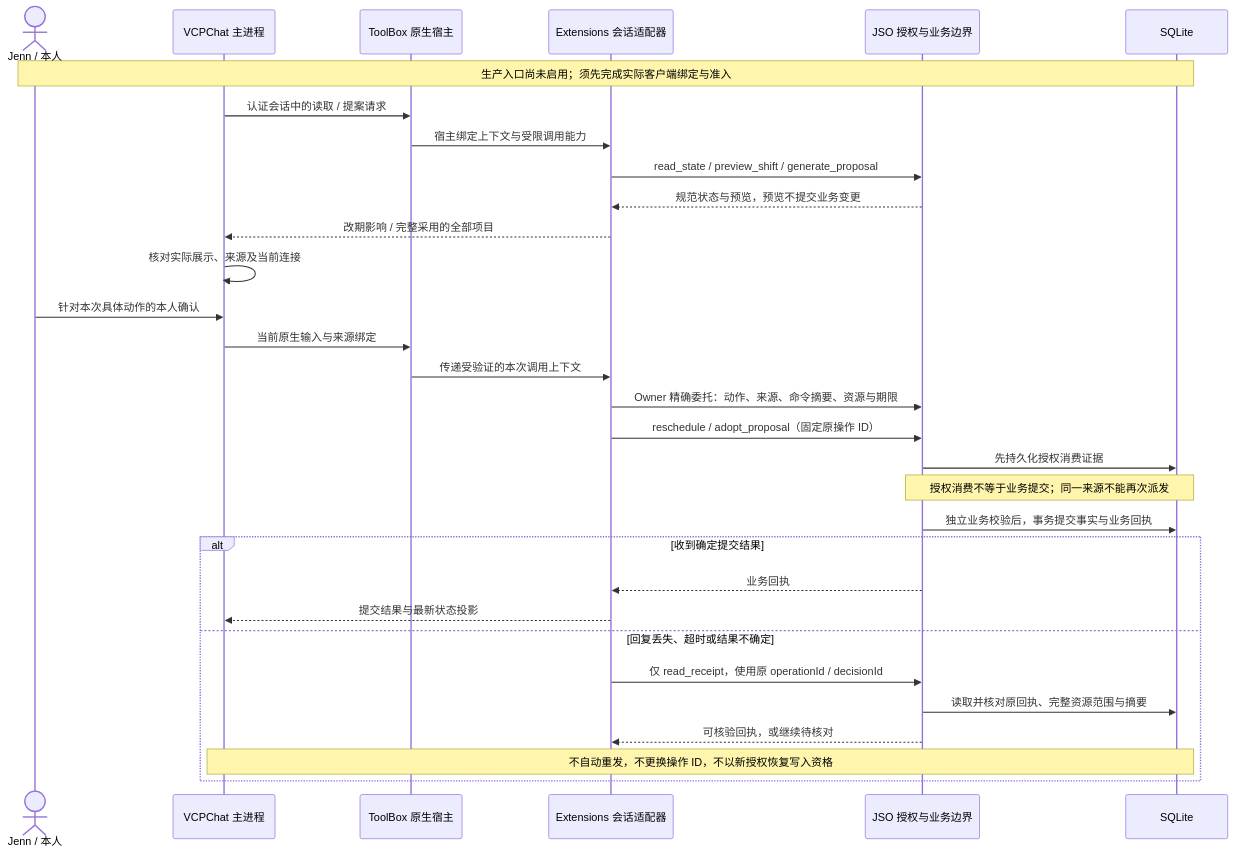
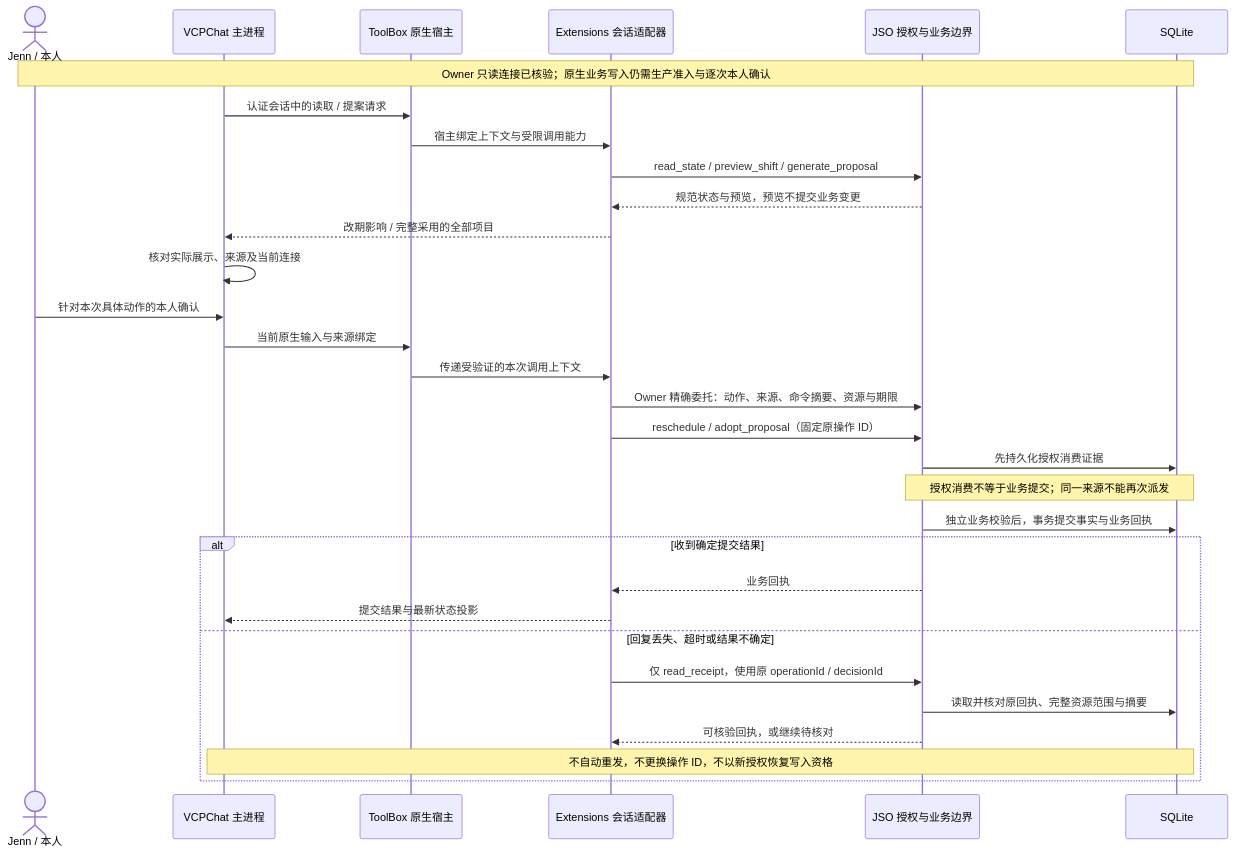
Before and after one commit to JENN2046/jenn-shooting-operations: the second of 2 diagrams in docs/architecture/CURRENT_SYSTEM_ARCHITECTURE.md, drawn with Mermaid. The commit also changed other lines of this file and 1 other file, not shown here.

Commit message:
Reflect verified read-only daily-client Owner session in the architecture

````diff
--- a/docs/architecture/CURRENT_SYSTEM_ARCHITECTURE.md
+++ b/docs/architecture/CURRENT_SYSTEM_ARCHITECTURE.md
@@ -77,34 +77,34 @@
 ```mermaid
 sequenceDiagram
     actor Owner as Jenn / 本人
     participant Main as VCPChat 主进程
     participant Host as ToolBox 原生宿主
     participant Ext as Extensions 会话适配器
     participant JSO as JSO 授权与业务边界
     participant DB as SQLite
 
-    Note over Owner,DB: 生产入口尚未启用；须先完成实际客户端绑定与准入
+    Note over Owner,DB: Owner 只读连接已核验；原生业务写入仍需生产准入与逐次本人确认
     Main->>Host: 认证会话中的读取 / 提案请求
     Host->>Ext: 宿主绑定上下文与受限调用能力
     Ext->>JSO: read_state / preview_shift / generate_proposal
     JSO-->>Ext: 规范状态与预览，预览不提交业务变更
     Ext-->>Main: 改期影响 / 完整采用的全部项目
     Main->>Main: 核对实际展示、来源及当前连接
     Owner->>Main: 针对本次具体动作的本人确认
     Main->>Host: 当前原生输入与来源绑定
     Host->>Ext: 传递受验证的本次调用上下文
     Ext->>JSO: Owner 精确委托：动作、来源、命令摘要、资源与期限
     Ext->>JSO: reschedule / adopt_proposal（固定原操作 ID）
     JSO->>DB: 先持久化授权消费证据
     Note over JSO,DB: 授权消费不等于业务提交；同一来源不能再次派发
     JSO->>DB: 独立业务校验后，事务提交事实与业务回执
     alt 收到确定提交结果
         JSO-->>Ext: 业务回执
         Ext-->>Main: 提交结果与最新状态投影
     else 回复丢失、超时或结果不确定
         Ext->>JSO: 仅 read_receipt，使用原 operationId / decisionId
         JSO->>DB: 读取并核对原回执、完整资源范围与摘要
         JSO-->>Ext: 可核验回执，或继续待核对
         Note over Main,DB: 不自动重发，不更换操作 ID，不以新授权恢复写入资格
     end
 ```
````
